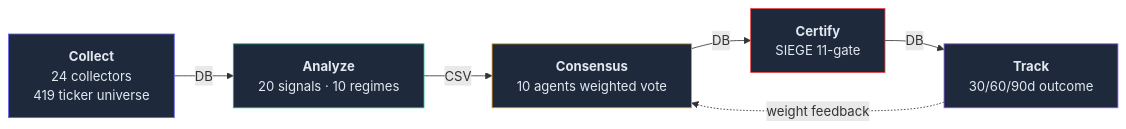
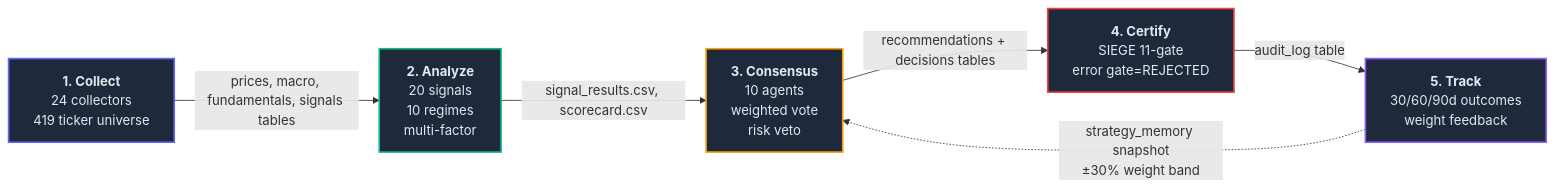
Before and after one commit to researcherhojin/nuri-quant: the diagram in README.md, drawn with Mermaid. The commit also changed other lines of this file and 1 other file, not shown here.

First line of the commit message:
docs: rigorous architecture refactor + missing post-202 additions (#209)

````diff
--- a/README.md
+++ b/README.md
@@ -17,17 +19,20 @@
 ```mermaid
 flowchart LR
-    A["<b>Collect</b><br/>24 collectors<br/>419 ticker universe"]
-    B["<b>Analyze</b><br/>20 signals · 10 regimes"]
-    C["<b>Consensus</b><br/>10 agents weighted vote"]
-    D["<b>Certify</b><br/>SIEGE 11-gate"]
-    E["<b>Track</b><br/>30/60/90d outcome"]
+    A["<b>1. Collect</b><br/>24 collectors<br/>419 ticker universe"]
+    B["<b>2. Analyze</b><br/>20 signals<br/>10 regimes<br/>multi-factor"]
+    C["<b>3. Consensus</b><br/>10 agents<br/>weighted vote<br/>risk veto"]
+    D["<b>4. Certify</b><br/>SIEGE 11-gate<br/>error gate=REJECTED"]
+    E["<b>5. Track</b><br/>30/60/90d outcomes<br/>weight feedback"]
 
-    A -- DB --> B -- CSV --> C -- DB --> D -- DB --> E
-    E -. "weight feedback" .-> C
+    A -- "prices, macro, fundamentals, signals tables" --> B
+    B -- "signal_results.csv, scorecard.csv" --> C
+    C -- "recommendations + decisions tables" --> D
+    D -- "audit_log table" --> E
+    E -. "strategy_memory snapshot<br/>±30% weight band" .-> C
 
-    style A fill:#1e293b,stroke:#6366f1,color:#e2e8f0
-    style B fill:#1e293b,stroke:#10b981,color:#e2e8f0
-    style C fill:#1e293b,stroke:#f59e0b,color:#e2e8f0
-    style D fill:#1e293b,stroke:#ef4444,color:#e2e8f0
-    style E fill:#1e293b,stroke:#8b5cf6,color:#e2e8f0
+    style A fill:#1e293b,stroke:#6366f1,color:#e2e8f0,stroke-width:2px
+    style B fill:#1e293b,stroke:#10b981,color:#e2e8f0,stroke-width:2px
+    style C fill:#1e293b,stroke:#f59e0b,color:#e2e8f0,stroke-width:2px
+    style D fill:#1e293b,stroke:#ef4444,color:#e2e8f0,stroke-width:2px
+    style E fill:#1e293b,stroke:#8b5cf6,color:#e2e8f0,stroke-width:2px
 ```
````
